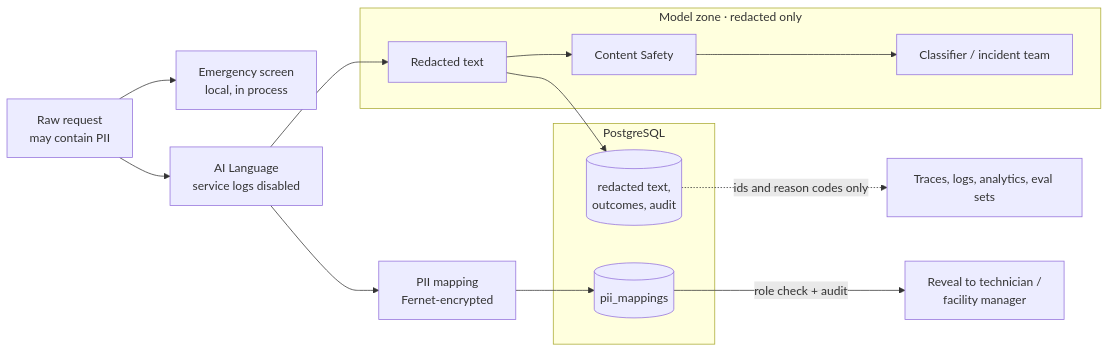
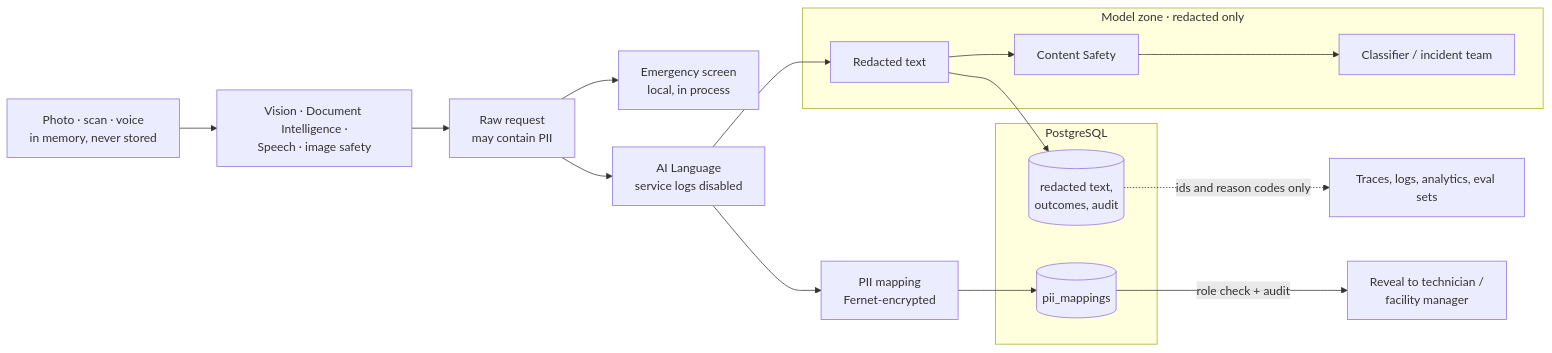
Before and after one commit to wasif1024/facilityops: diagram 13 of 19 in docs/architecture.md, drawn with Mermaid. The commit also changed other lines of this file and 28 other files, not shown here.

````diff
--- a/docs/architecture.md
+++ b/docs/architecture.md
@@ -382,23 +493,25 @@
 ```mermaid
 flowchart LR
     raw["Raw request<br/>may contain PII"] --> screen["Emergency screen<br/>local, in process"]
+    media["Photo · scan · voice<br/>in memory, never stored"] --> extract["Vision · Document Intelligence ·<br/>Speech · image safety"]
+    extract --> raw
     raw --> lang["AI Language<br/>service logs disabled"]
     lang --> red["Redacted text"]
     lang --> map["PII mapping<br/>Fernet-encrypted"]
 
     subgraph modelzone["Model zone · redacted only"]
         red --> cs["Content Safety"] --> agents["Classifier / incident team"]
     end
 
     subgraph store["PostgreSQL"]
         rtxt[("redacted text,<br/>outcomes, audit")]
         pmap[("pii_mappings")]
     end
 
     red --> rtxt
     map --> pmap
     pmap -- "role check + audit" --> reveal["Reveal to technician /<br/>facility manager"]
 
     tel["Traces, logs, analytics, eval sets"]
     rtxt -. "ids and reason codes only" .-> tel
 ```
````
